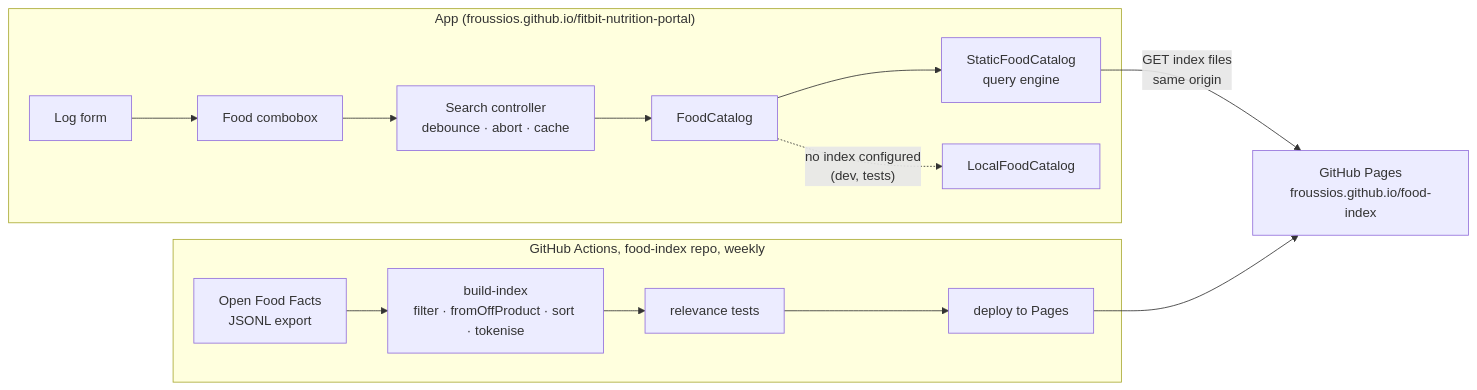
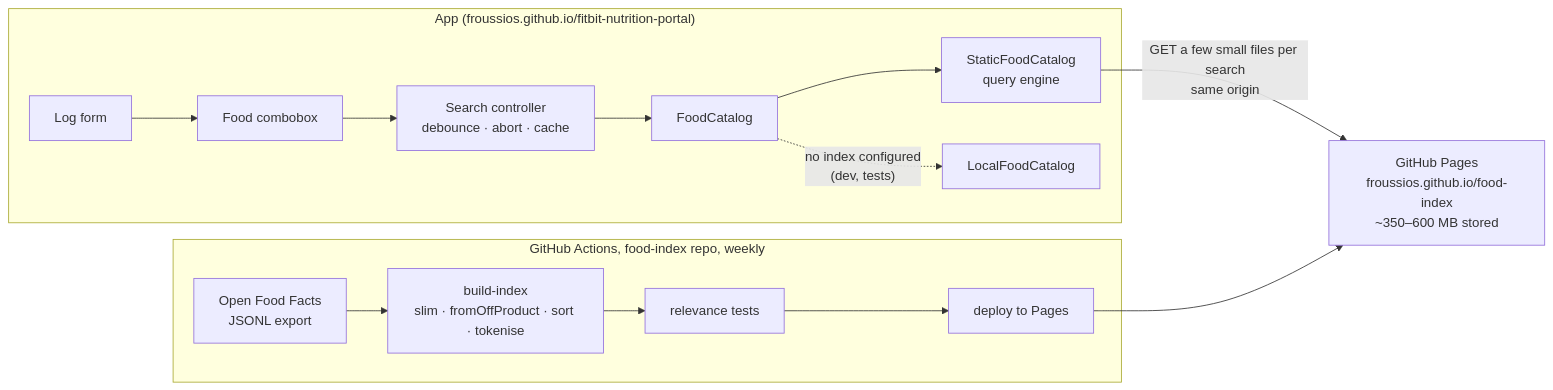
The diagram in docs/FOOD_SEARCH.md (Froussios/fitbit-nutrition-portal), drawn with Mermaid before and after one commit. The commit also changed other lines of this file and 2 other files, not shown here.

First line of the commit message:
Food search: whole world dataset, queried file by file

````diff
--- a/docs/FOOD_SEARCH.md
+++ b/docs/FOOD_SEARCH.md
@@ -260,16 +313,16 @@
 ```mermaid
 flowchart LR
   subgraph Browser["App (froussios.github.io/fitbit-nutrition-portal)"]
     Form["Log form"] --> Combo["Food combobox"]
     Combo --> Ctl["Search controller<br/>debounce · abort · cache"]
     Ctl --> FC["FoodCatalog"]
     FC --> SFC["StaticFoodCatalog<br/>query engine"]
     FC -.->|"no index configured<br/>(dev, tests)"| Local["LocalFoodCatalog"]
   end
-  SFC -- "GET index files<br/>same origin" --> Pages["GitHub Pages<br/>froussios.github.io/food-index"]
+  SFC -- "GET a few small files per search<br/>same origin" --> Pages["GitHub Pages<br/>froussios.github.io/food-index<br/>~350–600 MB stored"]
   subgraph GHA["GitHub Actions, food-index repo, weekly"]
-    Dump["Open Food Facts<br/>JSONL export"] --> Build["build-index<br/>filter · fromOffProduct · sort · tokenise"]
+    Dump["Open Food Facts<br/>JSONL export"] --> Build["build-index<br/>slim · fromOffProduct · sort · tokenise"]
     Build --> Test["relevance tests"] --> Deploy["deploy to Pages"]
   end
   Deploy --> Pages
 ```
````
